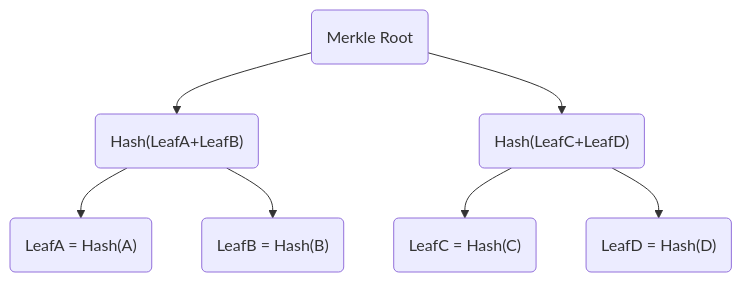
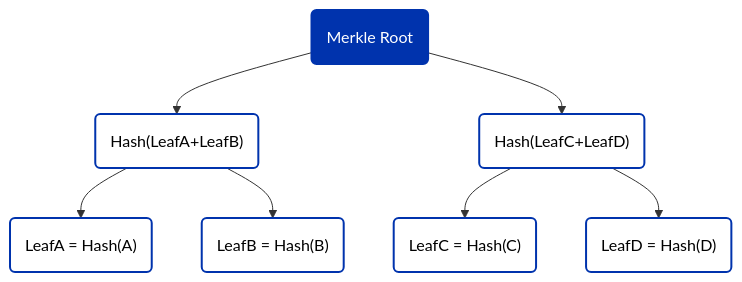
One commit to cardano-foundation/developer-portal changed the diagram in docs/smart-contracts/smart-contract-languages/plutarch/production-grade-dapps/merkle-tree.md. Above: the diagram before and after it, drawn with Mermaid. The commit also changed 14 other files, not shown here.

Commit message:
cardano unified color scheme for mermaid diagrams

````diff
--- a/docs/smart-contracts/smart-contract-languages/plutarch/production-grade-dapps/merkle-tree.md
+++ b/docs/smart-contracts/smart-contract-languages/plutarch/production-grade-dapps/merkle-tree.md
@@ -47,17 +47,25 @@
 ```mermaid
 graph TD;
     MR("Merkle Root")
     HAB("Hash(LeafA+LeafB)")
     HCD("Hash(LeafC+LeafD)")
     HA("LeafA = Hash(A)")
     HB("LeafB = Hash(B)")
     HC("LeafC = Hash(C)")
     HD("LeafD = Hash(D)")
 
     MR --> HAB
     MR --> HCD
     HAB --> HA
     HAB --> HB
     HCD --> HC
     HCD --> HD
+
+    style MR fill:#0033AD,stroke:#0033AD,stroke-width:2px,color:#FFFFFF
+    style HAB fill:#FFFFFF,stroke:#0033AD,stroke-width:2px,color:#000000
+    style HCD fill:#FFFFFF,stroke:#0033AD,stroke-width:2px,color:#000000
+    style HA fill:#FFFFFF,stroke:#0033AD,stroke-width:2px,color:#000000
+    style HB fill:#FFFFFF,stroke:#0033AD,stroke-width:2px,color:#000000
+    style HC fill:#FFFFFF,stroke:#0033AD,stroke-width:2px,color:#000000
+    style HD fill:#FFFFFF,stroke:#0033AD,stroke-width:2px,color:#000000
 ```
````
